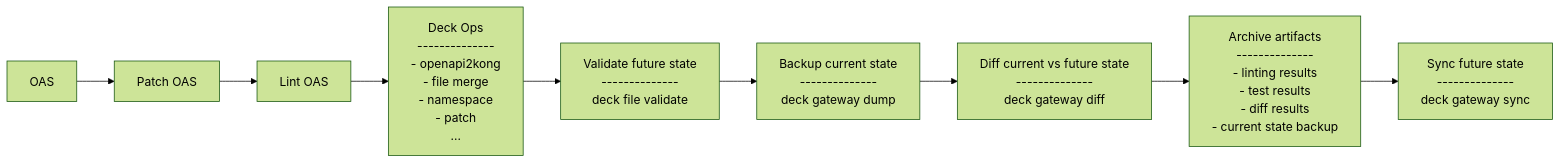
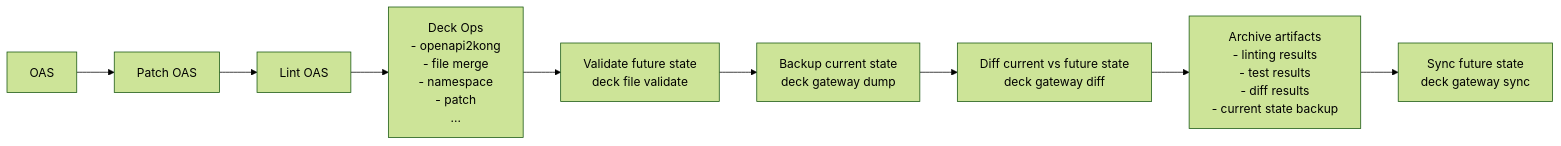
The seventh of 7 diagrams in README.md (pantsel/konnect-platform-ops-demo), drawn with Mermaid (forest theme) before and after one commit.

````diff
--- a/README.md
+++ b/README.md
@@ -710,39 +710,33 @@
 ```mermaid
 graph LR;
   A[OAS]
   B[Patch OAS]
   C[Lint OAS]
   D["Deck Ops
-    --------------
     - openapi2kong
     - file merge
     - namespace
     - patch
     ...
   "]
   E[Validate future state
-  --------------
   deck file validate
   ]
   F["Backup current state
-  --------------
   deck gateway dump"]
   G[Diff current vs future state
-  --------------
   deck gateway diff
   ]
   H[
   Archive artifacts
-  --------------
   - linting results
   - test results
   - diff results
   - current state backup
   ]
   I[Sync future state
-  --------------
   deck gateway sync
   ]
 
   A --> B --> C --> D --> E --> F --> G --> H --> I
 ```
````
